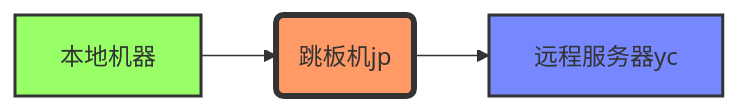
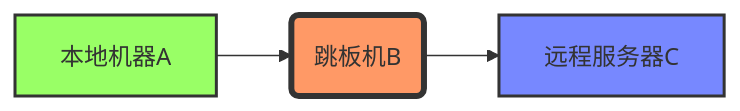
One commit to karlzheng/karlzheng.github.io changed the diagram in _posts/2018-10-17-ssh本地转发和远程转发.md. Above: the diagram before and after it, drawn with Mermaid. The commit also changed other lines of this file and 3 other files, not shown here.

Commit message:
modified:   _posts/2018-10-17-mermaid-4-github-pages.md 	modified:   _posts/2018-10-17-ssh本地转发和远程转发.md 	new file:   js/mermaid.min.js

````diff
--- a/_posts/2018-10-17-ssh本地转发和远程转发.md
+++ b/_posts/2018-10-17-ssh本地转发和远程转发.md
@@ -27,14 +21,12 @@
-```mermaid
+<div class="mermaid">
 graph LR
-   
-    A[本地机器] --> B(跳板机jp)
-    B(跳板机jp) --> C[远程服务器yc]
+    A[本地机器A] --> B(跳板机jp)
+    B(跳板机B) --> C[远程服务器C]
 
     classDef green fill:#9f6,stroke:#333,stroke-width:2px;
     classDef blue fill:#78f,stroke:#333,stroke-width:2px;
     classDef orange fill:#f96,stroke:#333,stroke-width:4px;
     class A green
     class B orange
     class C blue
-
-```
+</div>
````
